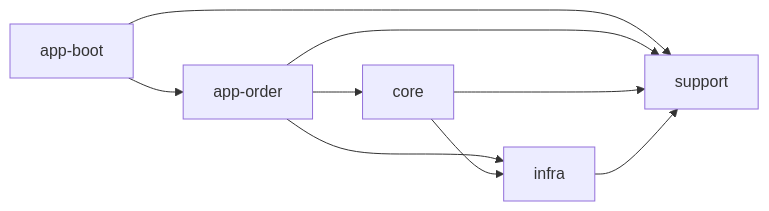
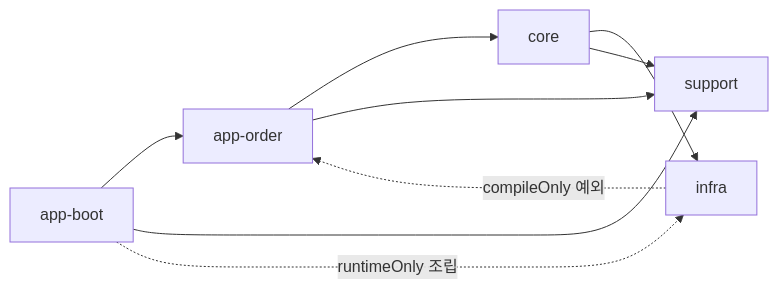
Before and after one commit to e-build/my-agent-prompt: the second of 2 diagrams in resources/skills/dev/me-refactor-layered-arch/refs/module-architecture.md, drawn with Mermaid. The commit also changed other lines of this file and 2 other files, not shown here.

````diff
--- a/resources/skills/dev/me-refactor-layered-arch/refs/module-architecture.md
+++ b/resources/skills/dev/me-refactor-layered-arch/refs/module-architecture.md
@@ -94,11 +97,11 @@
 ```mermaid
 flowchart LR
     app-boot --> app-order
     app-order --> core
-    app-order --> infra
     core --> infra
     app-boot --> support
     app-order --> support
     core --> support
-    infra --> support
+    infra -.->|compileOnly 예외| app-order
+    app-boot -.->|runtimeOnly 조립| infra
 ```
````
